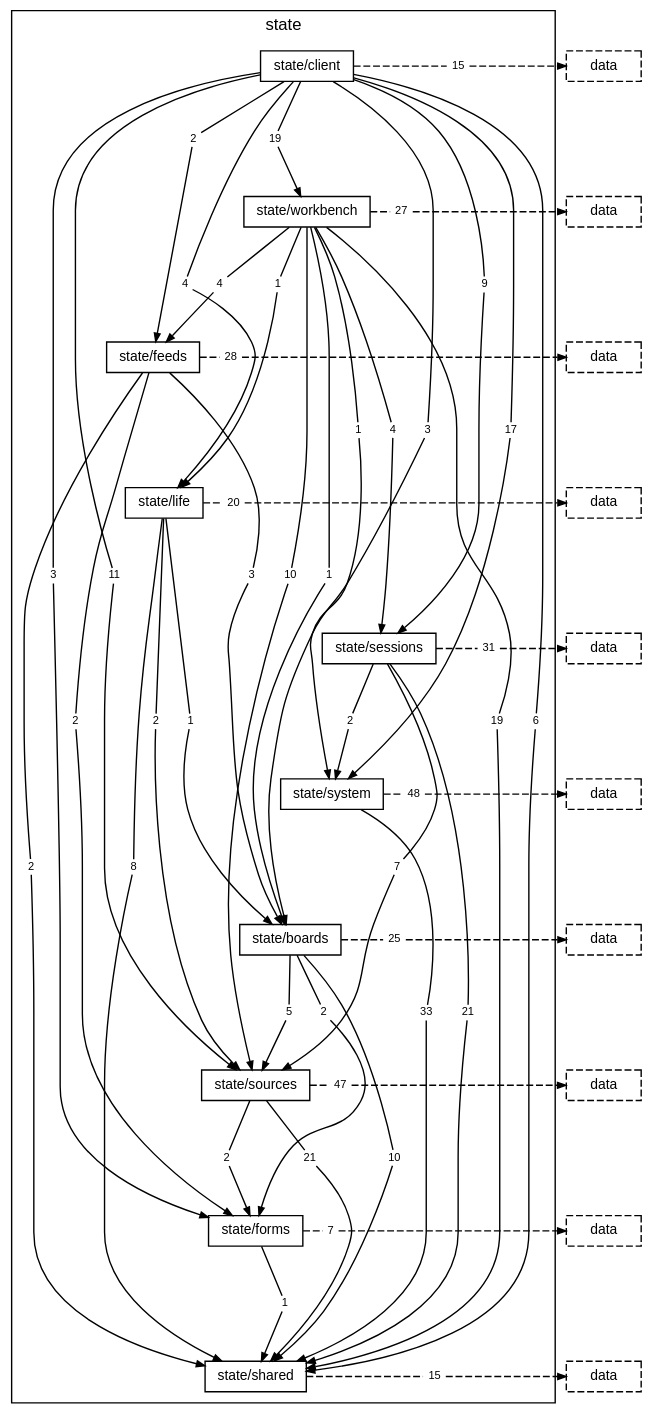
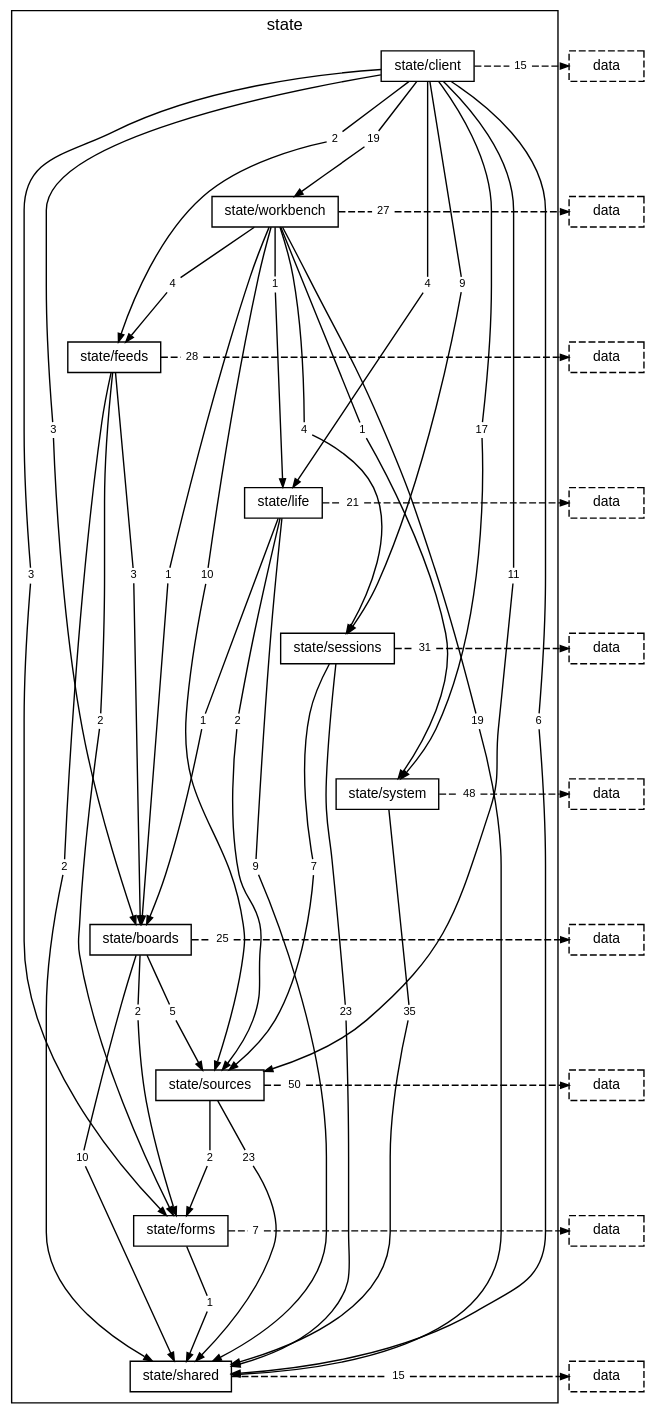
One commit to TheAxeC/oculus changed the diagram in docs/diagrams/layer-state.dot. Above: the diagram before and after it, drawn with Graphviz. The commit also changed 218 other files, not shown here.

```diff
--- a/docs/diagrams/layer-state.dot
+++ b/docs/diagrams/layer-state.dot
@@ -37,22 +37,21 @@
         "folder state/feeds to folder state/shared" [label="2", shape=box, color="transparent", fontsize=8, width=0, height=0, margin="0.04,0.02"];
         "folder state/feeds to layer data" [label="28", shape=box, color="transparent", fontsize=8, width=0, height=0, margin="0.04,0.02"];
         "folder state/life to folder state/boards" [label="1", shape=box, color="transparent", fontsize=8, width=0, height=0, margin="0.04,0.02"];
-        "folder state/life to folder state/shared" [label="8", shape=box, color="transparent", fontsize=8, width=0, height=0, margin="0.04,0.02"];
+        "folder state/life to folder state/shared" [label="9", shape=box, color="transparent", fontsize=8, width=0, height=0, margin="0.04,0.02"];
         "folder state/life to folder state/sources" [label="2", shape=box, color="transparent", fontsize=8, width=0, height=0, margin="0.04,0.02"];
-        "folder state/life to layer data" [label="20", shape=box, color="transparent", fontsize=8, width=0, height=0, margin="0.04,0.02"];
-        "folder state/sessions to folder state/shared" [label="21", shape=box, color="transparent", fontsize=8, width=0, height=0, margin="0.04,0.02"];
+        "folder state/life to layer data" [label="21", shape=box, color="transparent", fontsize=8, width=0, height=0, margin="0.04,0.02"];
+        "folder state/sessions to folder state/shared" [label="23", shape=box, color="transparent", fontsize=8, width=0, height=0, margin="0.04,0.02"];
         "folder state/sessions to folder state/sources" [label="7", shape=box, color="transparent", fontsize=8, width=0, height=0, margin="0.04,0.02"];
-        "folder state/sessions to folder state/system" [label="2", shape=box, color="transparent", fontsize=8, width=0, height=0, margin="0.04,0.02"];
         "folder state/sessions to layer data" [label="31", shape=box, color="transparent", fontsize=8, width=0, height=0, margin="0.04,0.02"];
-        "folder state/system to folder state/shared" [label="33", shape=box, color="transparent", fontsize=8, width=0, height=0, margin="0.04,0.02"];
+        "folder state/system to folder state/shared" [label="35", shape=box, color="transparent", fontsize=8, width=0, height=0, margin="0.04,0.02"];
         "folder state/system to layer data" [label="48", shape=box, color="transparent", fontsize=8, width=0, height=0, margin="0.04,0.02"];
         "folder state/boards to folder state/forms" [label="2", shape=box, color="transparent", fontsize=8, width=0, height=0, margin="0.04,0.02"];
         "folder state/boards to folder state/shared" [label="10", shape=box, color="transparent", fontsize=8, width=0, height=0, margin="0.04,0.02"];
         "folder state/boards to folder state/sources" [label="5", shape=box, color="transparent", fontsize=8, width=0, height=0, margin="0.04,0.02"];
         "folder state/boards to layer data" [label="25", shape=box, color="transparent", fontsize=8, width=0, height=0, margin="0.04,0.02"];
         "folder state/sources to folder state/forms" [label="2", shape=box, color="transparent", fontsize=8, width=0, height=0, margin="0.04,0.02"];
-        "folder state/sources to folder state/shared" [label="21", shape=box, color="transparent", fontsize=8, width=0, height=0, margin="0.04,0.02"];
-        "folder state/sources to layer data" [label="47", shape=box, color="transparent", fontsize=8, width=0, height=0, margin="0.04,0.02"];
+        "folder state/sources to folder state/shared" [label="23", shape=box, color="transparent", fontsize=8, width=0, height=0, margin="0.04,0.02"];
+        "folder state/sources to layer data" [label="50", shape=box, color="transparent", fontsize=8, width=0, height=0, margin="0.04,0.02"];
         "folder state/forms to folder state/shared" [label="1", shape=box, color="transparent", fontsize=8, width=0, height=0, margin="0.04,0.02"];
         "folder state/forms to layer data" [label="7", shape=box, color="transparent", fontsize=8, width=0, height=0, margin="0.04,0.02"];
         "folder state/shared to layer data" [label="15", shape=box, color="transparent", fontsize=8, width=0, height=0, margin="0.04,0.02"];
@@ -136,8 +135,6 @@
     "folder state/sessions to folder state/shared" -> "folder state/shared" [];
     "folder state/sessions" -> "folder state/sessions to folder state/sources" [arrowhead=none, minlen=3, weight=10];
     "folder state/sessions to folder state/sources" -> "folder state/sources" [];
-    "folder state/sessions" -> "folder state/sessions to folder state/system" [arrowhead=none, minlen=1, weight=10];
-    "folder state/sessions to folder state/system" -> "folder state/system" [];
     "folder state/sessions" -> "folder state/sessions to layer data" [arrowhead=none, style=dashed];
     "folder state/sessions to layer data" -> "layer data from folder state/sessions" [style=dashed];
     { rank=same; "folder state/sessions"; "folder state/sessions to layer data"; "layer data from folder state/sessions"; }
```
